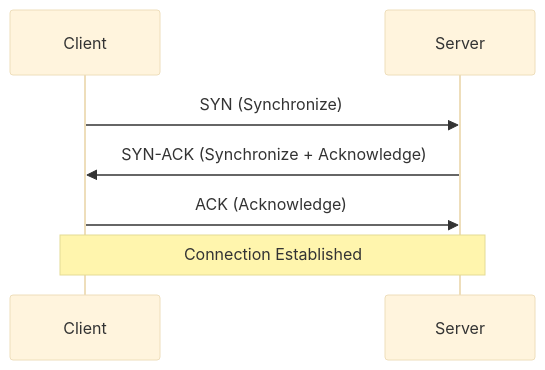
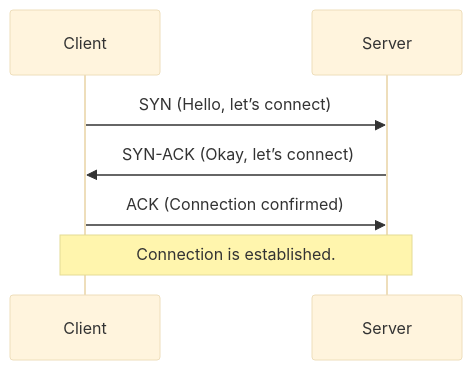
Before and after one commit to Dhanarajb/Networking: the third of 5 diagrams in Communication Protocols.md, drawn with Mermaid (base theme). The commit also changed other lines of this file, not shown here.

````diff
--- a/Communication Protocols.md
+++ b/Communication Protocols.md
@@ -283,9 +267,10 @@
 ```mermaid
 sequenceDiagram
   participant Client
   participant Server
-  Client->>Server: SYN (Synchronize)
-  Server->>Client: SYN-ACK (Synchronize + Acknowledge)
-  Client->>Server: ACK (Acknowledge)
-  Note over Client,Server: Connection Established
+  Client->>Server: SYN (Hello, let’s connect)
+  Server->>Client: SYN-ACK (Okay, let’s connect)
+  Client->>Server: ACK (Connection confirmed)
+  Note over Client,Server: Connection is established.
+
 ```
````
